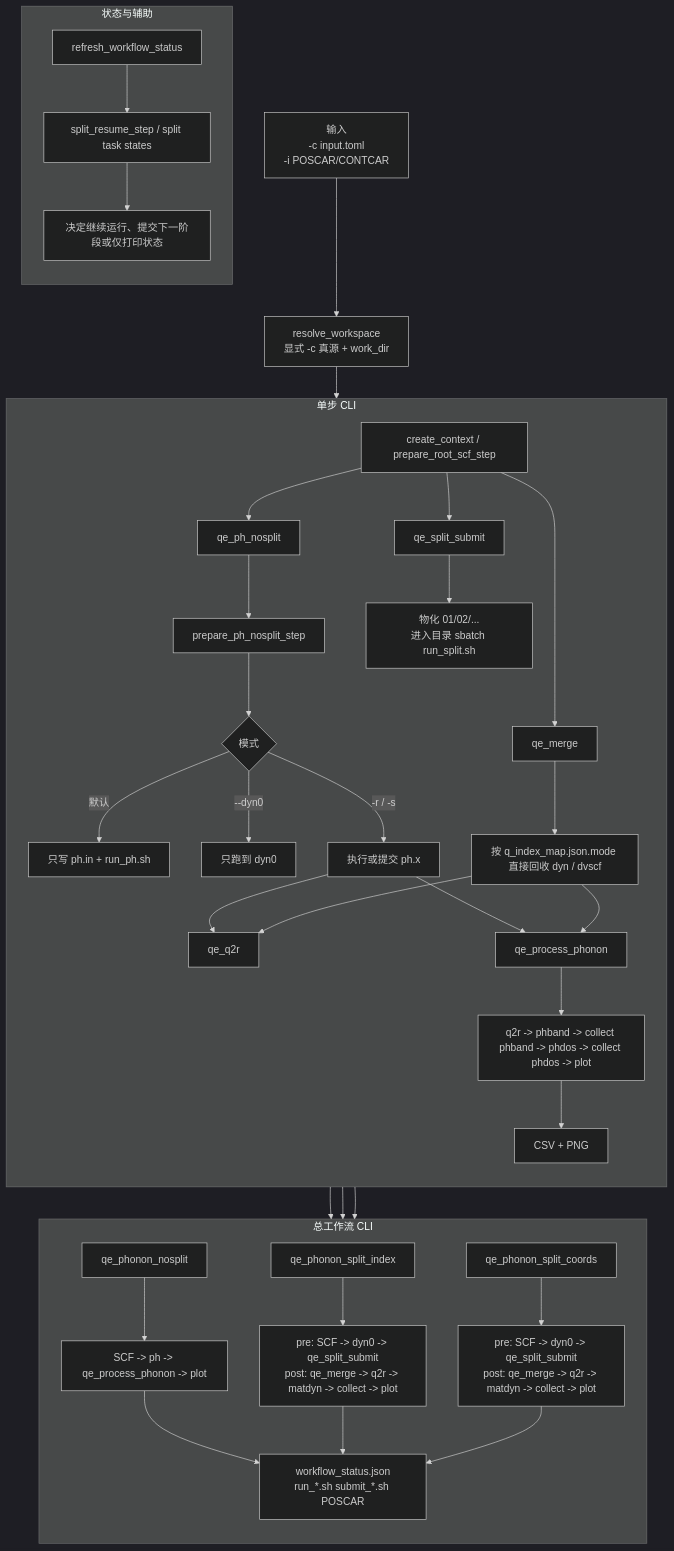
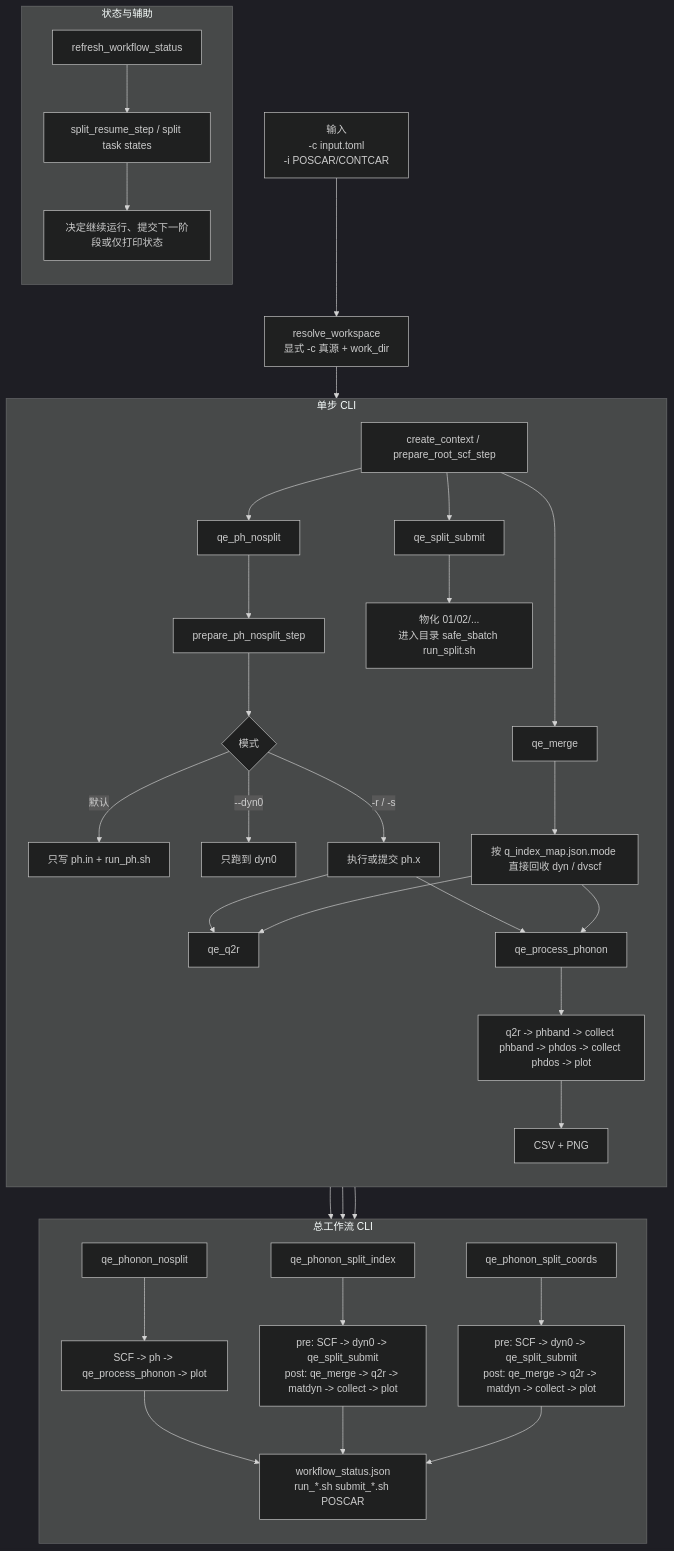
The diagram in qeflow/phonon/phonon-cli-flow.mmd (JLU-ICCMS-MaYuan/dftflow), drawn with Mermaid (dark theme) before and after one commit. The commit also changed 2 other files, not shown here.

Commit message:
[2026-05-21 15:06:02] 重构：qe_phonon 提交命令改为 safe_sbatch

```diff
--- a/qeflow/phonon/phonon-cli-flow.mmd
+++ b/qeflow/phonon/phonon-cli-flow.mmd
@@ -1,46 +1,46 @@
 flowchart TD
     A["输入<br/>-c input.toml<br/>-i POSCAR/CONTCAR"] --> B["resolve_workspace<br/>显式 -c 真源 + work_dir"]
     B --> C["create_context / prepare_root_scf_step"]
 
     subgraph P0["单步 CLI"]
         direction TD
         C --> P1["qe_ph_nosplit"]
         P1 --> P1A["prepare_ph_nosplit_step"]
         P1A --> P1B{"模式"}
         P1B -->|默认| P1C["只写 ph.in + run_ph.sh"]
         P1B -->| --dyn0 | P1D["只跑到 dyn0"]
         P1B -->| -r / -s | P1E["执行或提交 ph.x"]
 
         C --> P4["qe_merge"]
         P4 --> P4A["按 q_index_map.json.mode 直接回收 dyn / dvscf"]
         C --> P4B["qe_split_submit"]
-        P4B --> P4C["物化 01/02/...<br/>进入目录 sbatch run_split.sh"]
+        P4B --> P4C["物化 01/02/...<br/>进入目录 safe_sbatch run_split.sh"]
 
         P1E --> P5["qe_q2r"]
         P4A --> P5
         P1E --> P6["qe_process_phonon"]
         P4A --> P6
         P6 --> P6A["q2r -> phband -> collect phband -> phdos -> collect phdos -> plot"]
         P6A --> P6B["CSV + PNG"]
     end
 
     subgraph P8["总工作流 CLI"]
         direction TD
         C --> W1["qe_phonon_nosplit"]
         C --> W2["qe_phonon_split_index"]
         C --> W3["qe_phonon_split_coords"]
 
         W1 --> W1A["SCF -> ph -> qe_process_phonon -> plot"]
         W2 --> W2A["pre: SCF -> dyn0 -> qe_split_submit<br/>post: qe_merge -> q2r -> matdyn -> collect -> plot"]
         W3 --> W3A["pre: SCF -> dyn0 -> qe_split_submit<br/>post: qe_merge -> q2r -> matdyn -> collect -> plot"]
 
         W1A --> WS["workflow_status.json<br/>run_*.sh submit_*.sh POSCAR"]
         W2A --> WS
         W3A --> WS
     end
 
     subgraph P9["状态与辅助"]
         direction TD
         H1["refresh_workflow_status"] --> H2["split_resume_step / split task states"]
         H2 --> H3["决定继续运行、提交下一阶段或仅打印状态"]
     end
```
